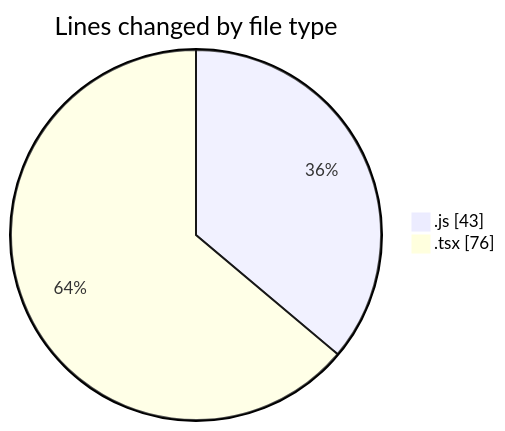
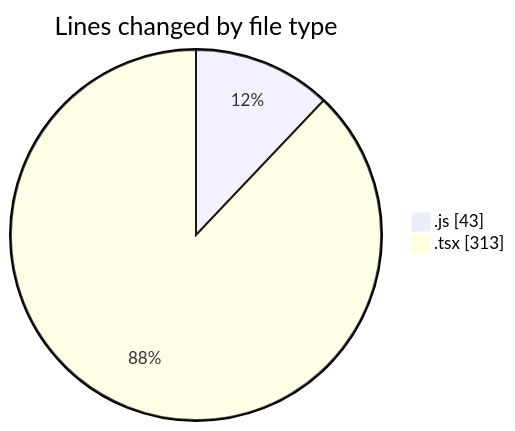
The first of 2 diagrams in 2026-03-09/cda/README.md (momahboobian/code-tracking), drawn with Mermaid before and after one commit. The commit also changed other lines of this file and 1 other file, not shown here.

````diff
--- a/2026-03-09/cda/README.md
+++ b/2026-03-09/cda/README.md
@@ -21,6 +24,6 @@
 ```mermaid
 pie showData
 title Lines changed by file type
 ".js" : 43
-".tsx" : 76
+".tsx" : 313
 ```
````
